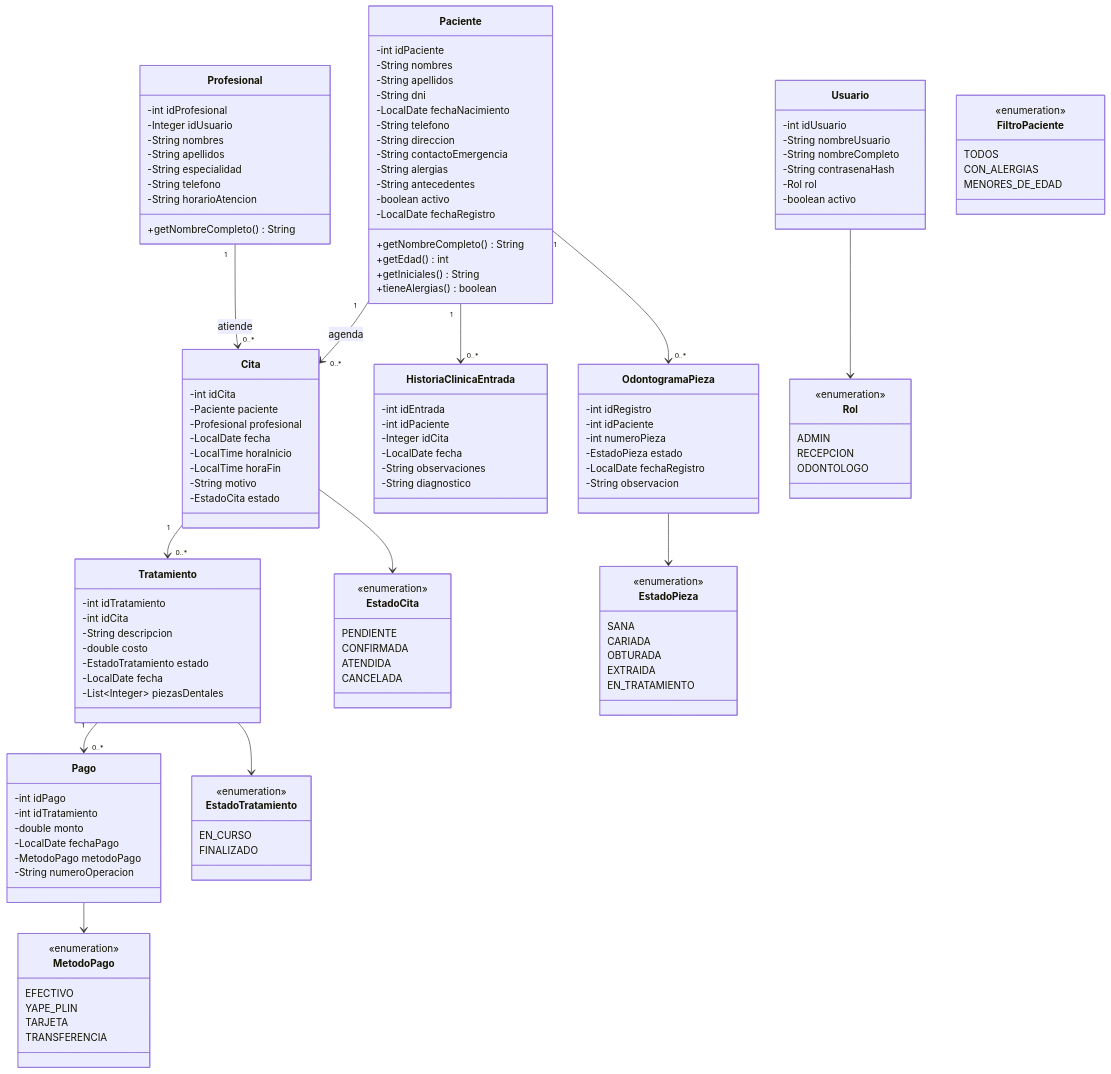
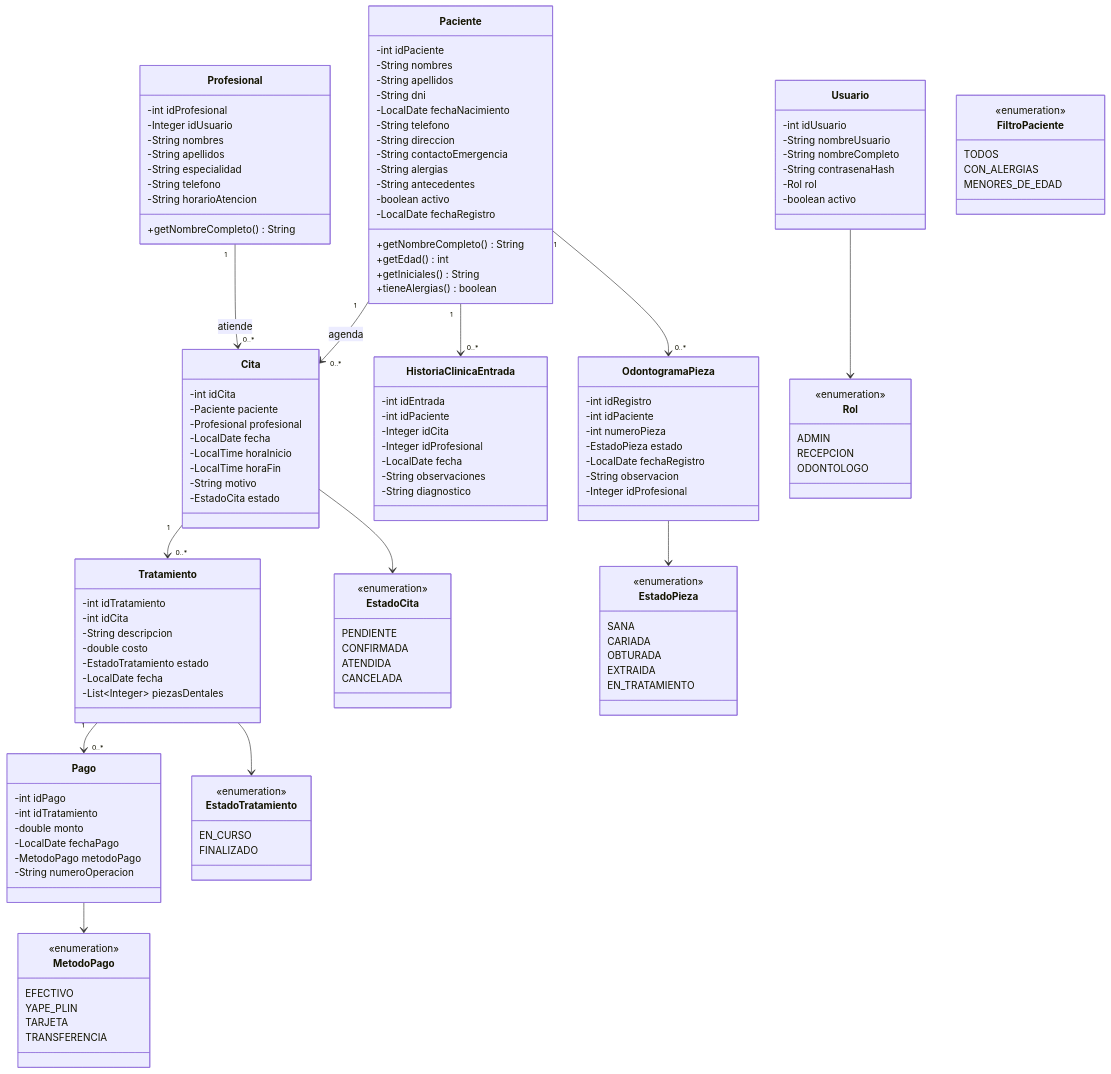
The first of 3 diagrams in docs/04-diagrama-clases.md (LuiDaniel/vyra-dentalSoftware), drawn with Mermaid before and after one commit. The commit also changed other lines of this file and 42 other files, not shown here.

```diff
--- a/docs/04-diagrama-clases.md
+++ b/docs/04-diagrama-clases.md
@@ -63,6 +63,7 @@
         -int idEntrada
         -int idPaciente
         -Integer idCita
+        -Integer idProfesional
         -LocalDate fecha
         -String observaciones
         -String diagnostico
@@ -74,6 +75,7 @@
         -EstadoPieza estado
         -LocalDate fechaRegistro
         -String observacion
+        -Integer idProfesional
     }
     class Tratamiento {
         -int idTratamiento
```
